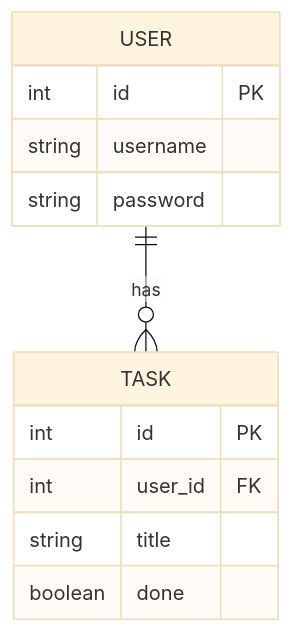
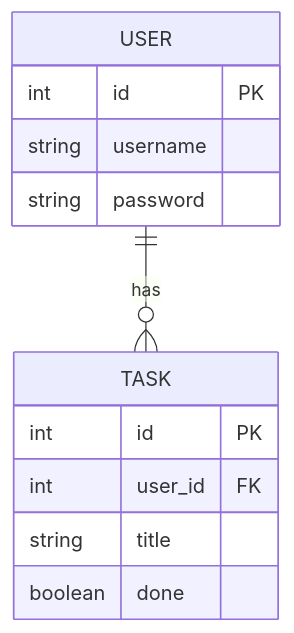
Before and after one commit to youssefaltai/task50: the diagram in README.md, drawn with Mermaid.

Commit message:
Use default theme for mermaid

````diff
--- a/README.md
+++ b/README.md
@@ -114,22 +114,20 @@
 ```mermaid
 %%{init:{
-  'theme': 'base',
-  'themeVariables': {
-  }
+  'theme': 'default'
 }}%%
 erDiagram
   USER ||--o{ TASK : has
 
   USER {
     int id PK
     string username
     string password
   }
 
   TASK {
     int id PK
     int user_id FK
     string title
     boolean done
   }
 ```
````
